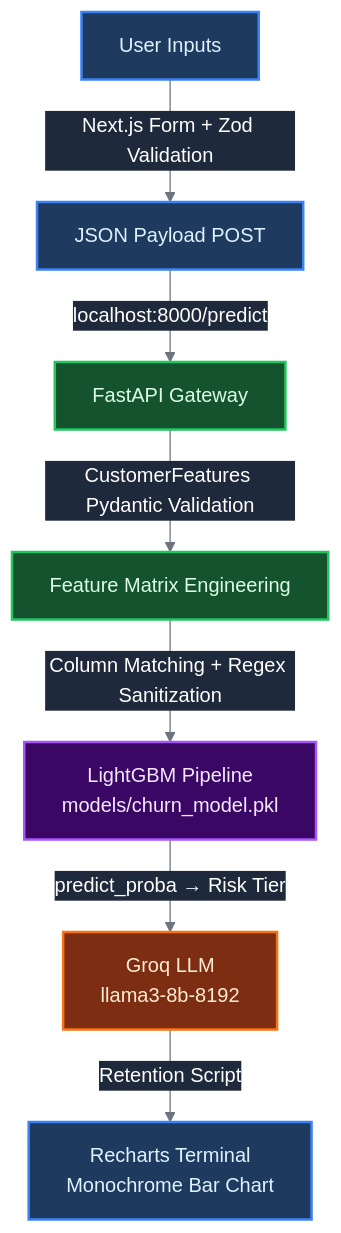
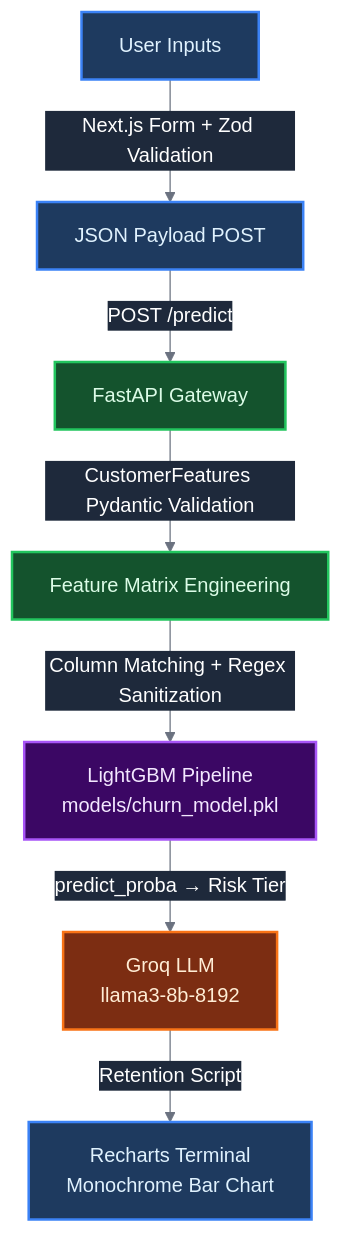
Before and after one commit to bsteja33/Customer-Churn-Prediction-API-and-Dashboard: the diagram in README.md, drawn with Mermaid. The commit also changed other lines of this file and 15 other files, not shown here.

````diff
--- a/README.md
+++ b/README.md
@@ -15,22 +15,22 @@
 ```mermaid
 %%{init: {'theme': 'base', 'themeVariables': {
   'primaryColor': '#2563eb',
   'primaryTextColor': '#fff',
   'primaryBorderColor': '#3b82f6',
   'lineColor': '#6b7280',
   'secondaryColor': '#1e293b',
   'tertiaryColor': '#0f172a'
 }}}%%
 graph TD
     A["User Inputs"]:::frontend -->|"Next.js Form + Zod Validation"| B["JSON Payload POST"]:::frontend
-    B -->|"localhost:8000/predict"| C["FastAPI Gateway"]:::backend
+    B -->|"POST /predict"| C["FastAPI Gateway"]:::backend
     C -->|"CustomerFeatures Pydantic Validation"| D["Feature Matrix Engineering"]:::backend
     D -->|"Column Matching + Regex Sanitization"| E["LightGBM Pipeline<br/>models/churn_model.pkl"]:::ml
     E -->|"predict_proba → Risk Tier"| F["Groq LLM<br/>llama3-8b-8192"]:::ai
     F -->|"Retention Script"| G["Recharts Terminal<br/>Monochrome Bar Chart"]:::frontend
 
     classDef frontend fill:#1e3a5f,stroke:#3b82f6,stroke-width:2px,color:#e0f2fe
     classDef backend fill:#14532d,stroke:#22c55e,stroke-width:2px,color:#dcfce7
     classDef ml fill:#3b0764,stroke:#a855f7,stroke-width:2px,color:#f3e8ff
     classDef ai fill:#7c2d12,stroke:#f97316,stroke-width:2px,color:#ffedd5
 ```
````
